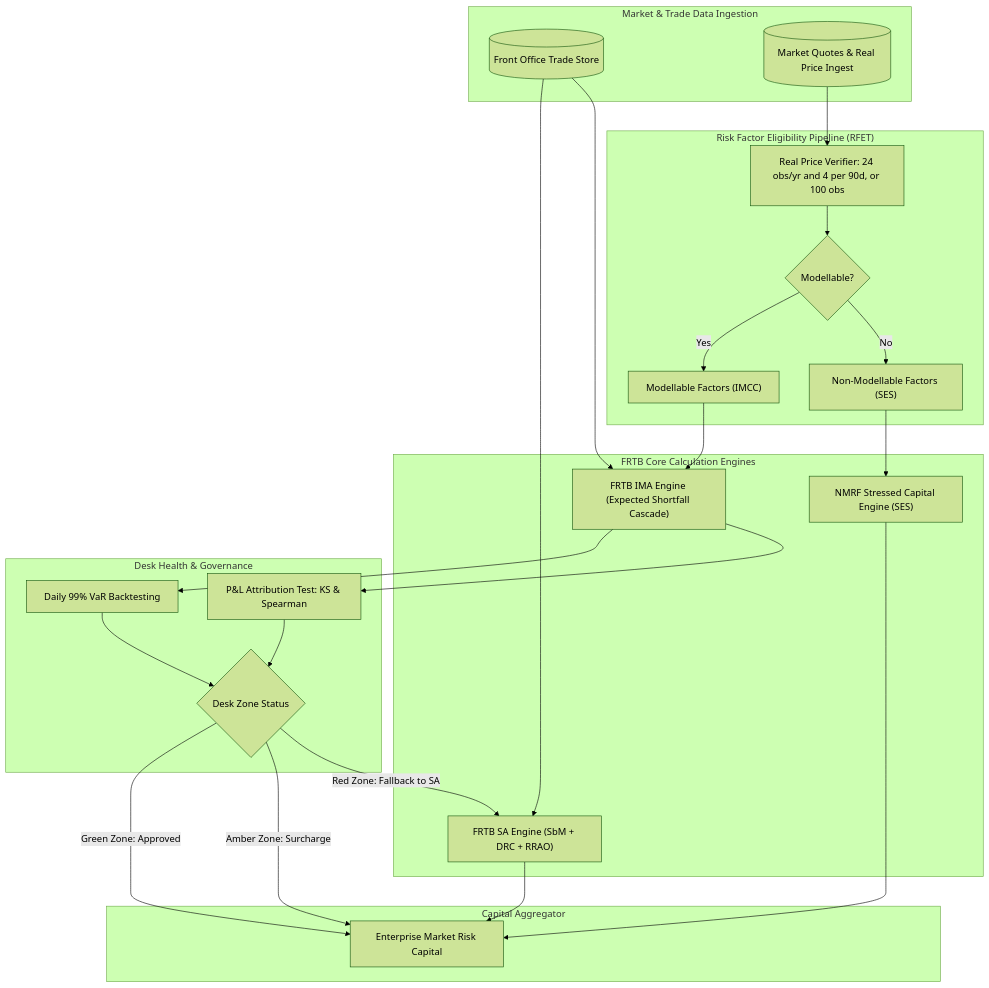
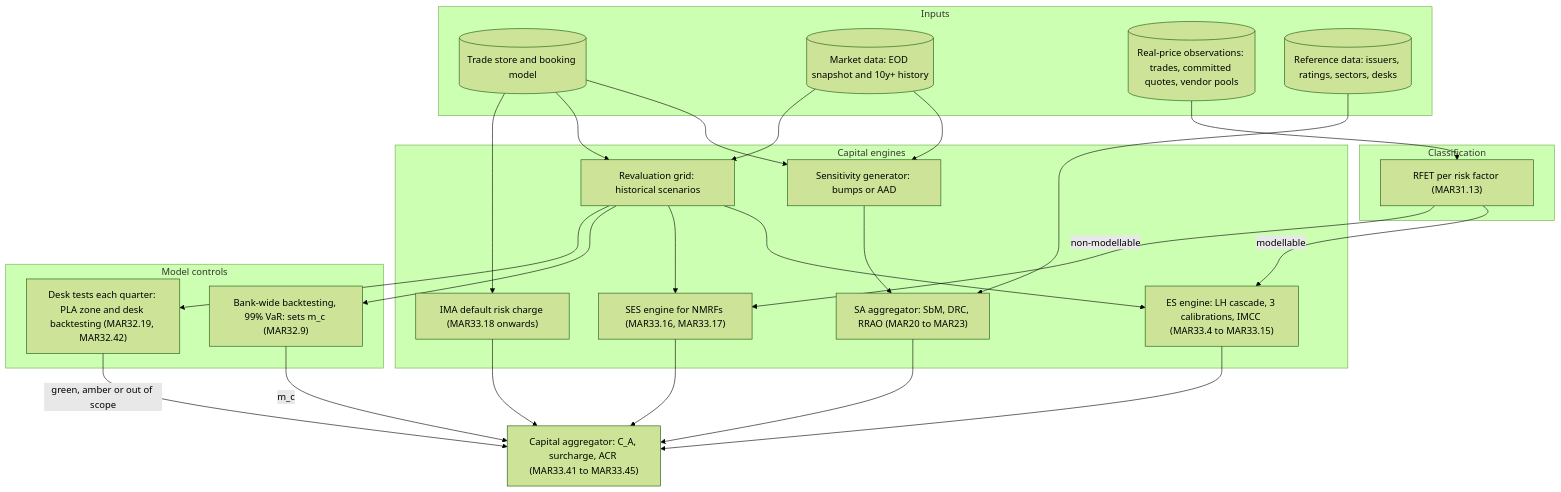
The first of 4 diagrams in 18-Pricing-and-Risk-Systems/10-FRTB-Engine.md (shreejitverma/The-Quant-Prep), drawn with Mermaid (forest theme) before and after one commit. The commit also changed other lines of this file and 10 other files, not shown here.

First line of the commit message:
Apply independent verification fixes to the FRTB notes and engines

````diff
--- a/18-Pricing-and-Risk-Systems/10-FRTB-Engine.md
+++ b/18-Pricing-and-Risk-Systems/10-FRTB-Engine.md
@@ -35,52 +36,45 @@
 ```mermaid
 flowchart TB
-    subgraph InputTier["Market & Trade Data Ingestion"]
-        TradeRepository[(Front Office Trade Store)]
-        MarketFeeds[(Market Quotes & Real Price Ingest)]
+    subgraph Inputs["Inputs"]
+        TS[("Trade store and booking model")]
+        MD[("Market data: EOD snapshot and 10y+ history")]
+        RP[("Real-price observations: trades, committed quotes, vendor pools")]
+        RD[("Reference data: issuers, ratings, sectors, desks")]
     end
-
-    subgraph RFETPipeline["Risk Factor Eligibility Pipeline (RFET)"]
-        RealPriceObs["Real Price Verifier: 24 obs/yr and 4 per 90d, or 100 obs"]
-        ModellableSplit{Modellable?}
-        MRF["Modellable Factors (IMCC)"]
-        NMRF["Non-Modellable Factors (SES)"]
+    subgraph Classify["Classification"]
+        RFET["RFET per risk factor (MAR31.13)"]
     end
-
-    subgraph CoreEngines["FRTB Core Calculation Engines"]
-        SAEngine["FRTB SA Engine (SbM + DRC + RRAO)"]
-        IMAEngine["FRTB IMA Engine (Expected Shortfall Cascade)"]
-        NMRFEngine["NMRF Stressed Capital Engine (SES)"]
+    subgraph Engines["Capital engines"]
+        SENS["Sensitivity generator: bumps or AAD"]
+        SA["SA aggregator: SbM, DRC, RRAO (MAR20 to MAR23)"]
+        GRID["Revaluation grid: historical scenarios"]
+        ES["ES engine: LH cascade, 3 calibrations, IMCC (MAR33.4 to MAR33.15)"]
+        SES["SES engine for NMRFs (MAR33.16, MAR33.17)"]
+        IDRC["IMA default risk charge (MAR33.18 onwards)"]
     end
-
-    subgraph DeskMonitoring["Desk Health & Governance"]
-        Backtesting[Daily 99% VaR Backtesting]
-        PLATest[P&L Attribution Test: KS & Spearman]
-        TrafficLight{Desk Zone Status}
+    subgraph Controls["Model controls"]
+        BWB["Bank-wide backtesting, 99% VaR: sets m_c (MAR32.9)"]
+        DESK["Desk tests each quarter: PLA zone and desk backtesting (MAR32.19, MAR32.42)"]
     end
-
-    subgraph CapitalAggregation["Capital Aggregator"]
-        FinalCapital[Enterprise Market Risk Capital]
-    end
-
-    TradeRepository --> SAEngine
-    TradeRepository --> IMAEngine
-    MarketFeeds --> RealPriceObs
-    RealPriceObs --> ModellableSplit
-    ModellableSplit -->|Yes| MRF
-    ModellableSplit -->|No| NMRF
-
-    MRF --> IMAEngine
-    NMRF --> NMRFEngine
-
-    IMAEngine --> Backtesting
-    IMAEngine --> PLATest
-    Backtesting --> TrafficLight
-    PLATest --> TrafficLight
-
-    TrafficLight -->|Green Zone: Approved| FinalCapital
-    TrafficLight -->|Amber Zone: Surcharge| FinalCapital
-    TrafficLight -->|Red Zone: Fallback to SA| SAEngine
-
-    SAEngine --> FinalCapital
-    NMRFEngine --> FinalCapital
+    AGG["Capital aggregator: C_A, surcharge, ACR (MAR33.41 to MAR33.45)"]
+    TS --> SENS
+    MD --> SENS
+    RD --> SA
+    SENS --> SA
+    TS --> GRID
+    MD --> GRID
+    RP --> RFET
+    RFET -->|"modellable"| ES
+    RFET -->|"non-modellable"| SES
+    GRID --> ES
+    GRID --> SES
+    TS --> IDRC
+    ES --> AGG
+    SES --> AGG
+    IDRC --> AGG
+    SA --> AGG
+    GRID --> BWB
+    GRID --> DESK
+    BWB -->|"m_c"| AGG
+    DESK -->|"green, amber or out of scope"| AGG
 ```
````
